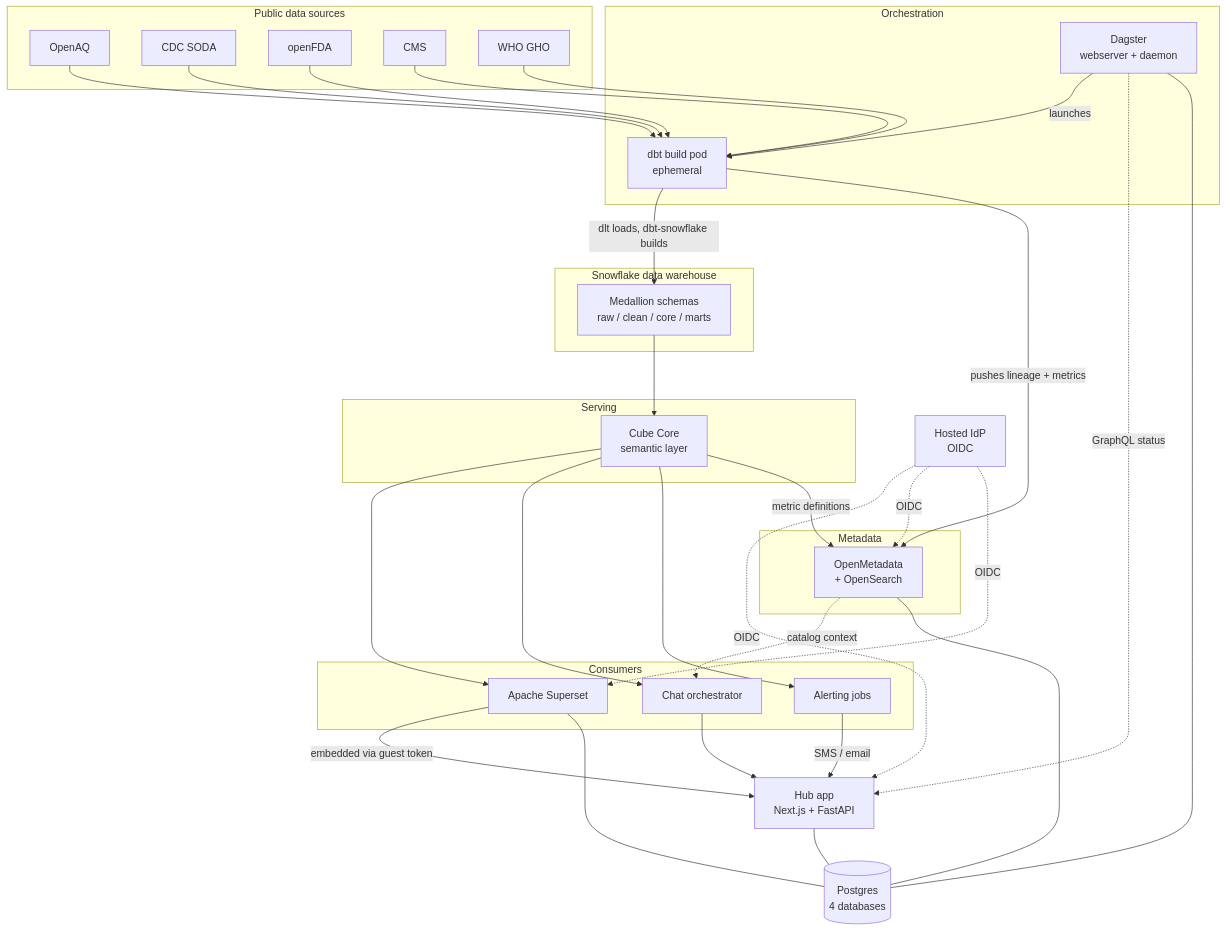
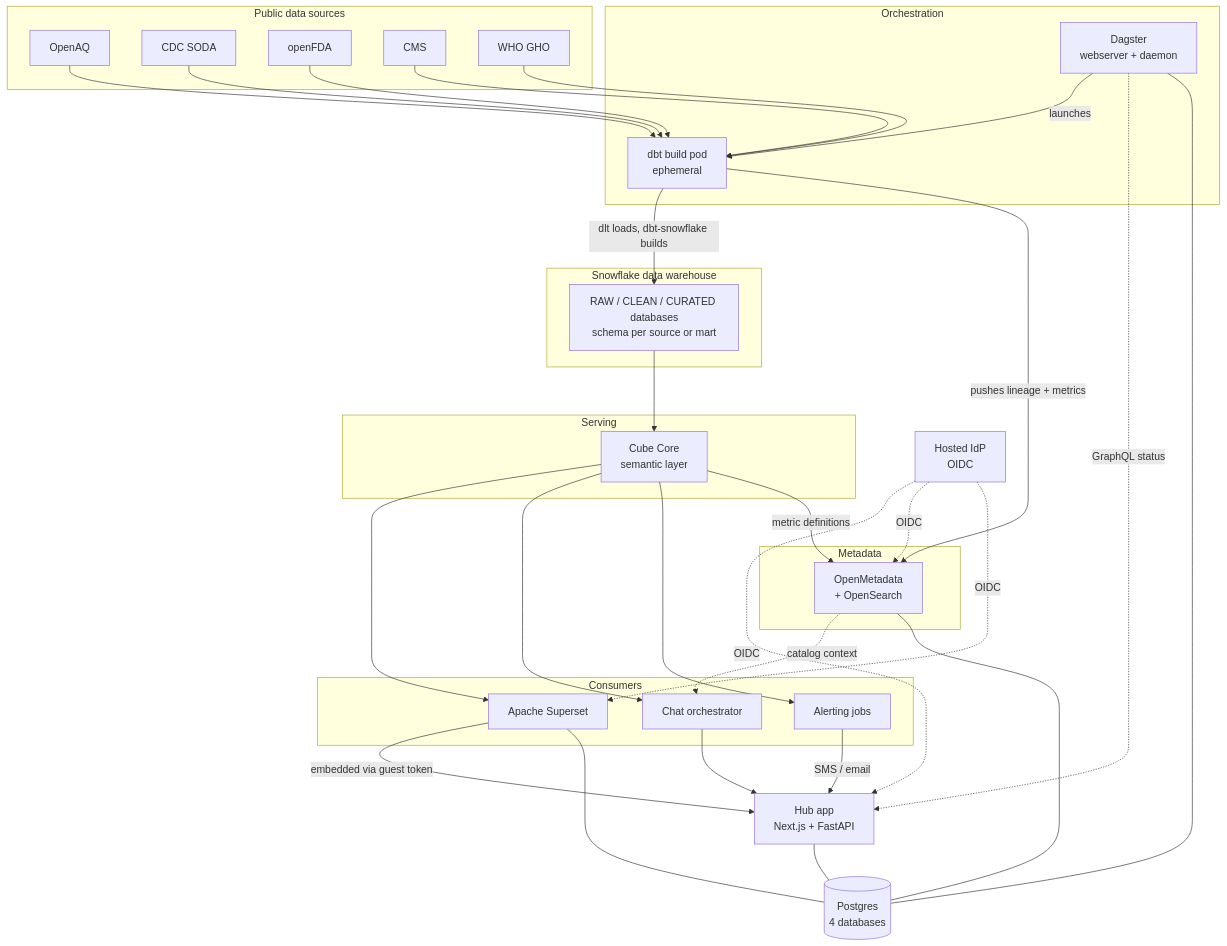
Before and after one commit to kgmcquate/open-health-data-platform: the first of 3 diagrams in docs/ARCHITECTURE.md, drawn with Mermaid. The commit also changed 18 other files, not shown here.

````diff
--- a/docs/ARCHITECTURE.md
+++ b/docs/ARCHITECTURE.md
@@ -35,59 +35,59 @@
 ```mermaid
 flowchart TB
     subgraph external["Public data sources"]
         S1["OpenAQ"]
         S2["CDC SODA"]
         S3["openFDA"]
         S4["CMS"]
         S5["WHO GHO"]
     end
 
     subgraph orchestration["Orchestration"]
         DAG["Dagster<br/>webserver + daemon"]
         BUILD["dbt build pod<br/>ephemeral"]
     end
 
     subgraph storage["Snowflake data warehouse"]
-        SNOW["Medallion schemas<br/>raw / clean / core / marts"]
+        SNOW["RAW / CLEAN / CURATED databases<br/>schema per source or mart"]
     end
 
     subgraph serving["Serving"]
         CUBE["Cube Core<br/>semantic layer"]
     end
 
     subgraph consumers["Consumers"]
         SUP["Apache Superset"]
         BOT["Chat orchestrator"]
         ALERT["Alerting jobs"]
     end
 
     subgraph meta["Metadata"]
         OM["OpenMetadata<br/>+ OpenSearch"]
     end
 
     APP["Hub app<br/>Next.js + FastAPI"]
     IDP["Hosted IdP<br/>OIDC"]
     PG[("Postgres<br/>4 databases")]
 
     S1 & S2 & S3 & S4 & S5 --> BUILD
     DAG -->|launches| BUILD
     BUILD -->|dlt loads, dbt-snowflake builds| SNOW
     SNOW --> CUBE
     CUBE --> SUP
     CUBE --> BOT
     CUBE --> ALERT
     ALERT -->|SMS / email| APP
     BOT --> APP
     SUP -->|embedded via guest token| APP
     DAG -.->|GraphQL status| APP
     OM -.->|catalog context| BOT
     BUILD -->|pushes lineage + metrics| OM
     CUBE -->|metric definitions| OM
     IDP -.->|OIDC| APP
     IDP -.->|OIDC| OM
     IDP -.->|OIDC| SUP
     DAG --- PG
     SUP --- PG
     OM --- PG
     APP --- PG
 ```
````
